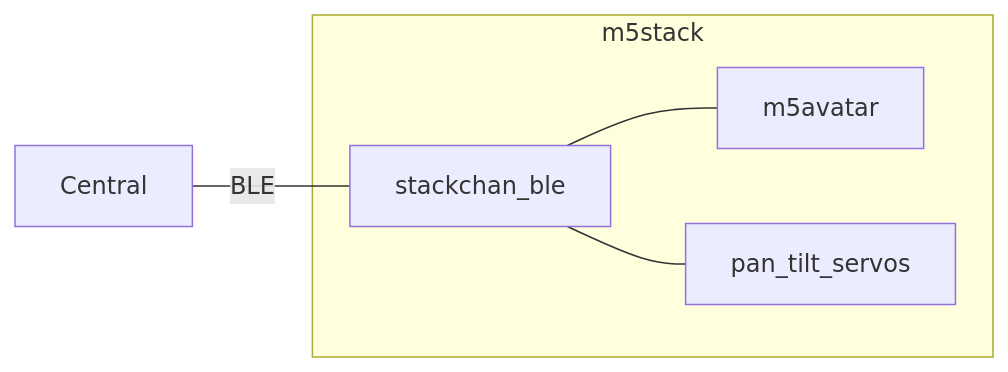
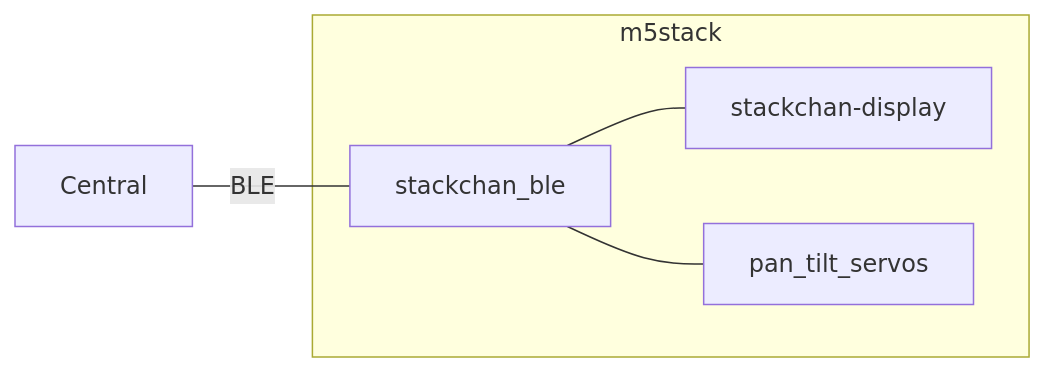
Before and after one commit to botamochi6277/stackchan-ble: the first of 2 diagrams in README.md, drawn with Mermaid. The commit also changed other lines of this file and 6 other files, not shown here.

````diff
--- a/README.md
+++ b/README.md
@@ -9,15 +9,15 @@
 ```mermaid
 graph LR
 
 subgraph m5stack
 
-  m5avatar
+  stackchan-display
   stackchan_ble
   pan_tilt_servos
 
-  stackchan_ble---m5avatar
+  stackchan_ble---stackchan-display
   stackchan_ble---pan_tilt_servos
 end
 
 Central---|BLE|stackchan_ble
 ```
````
